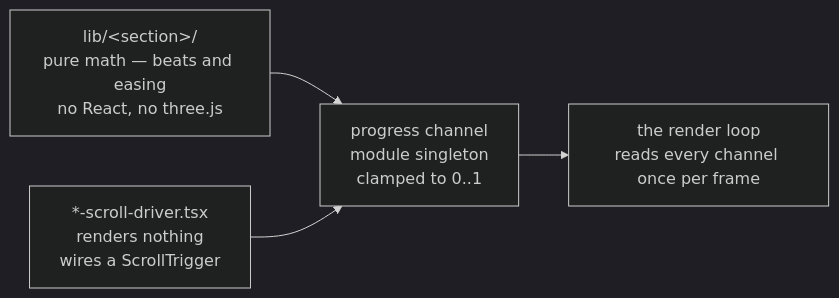
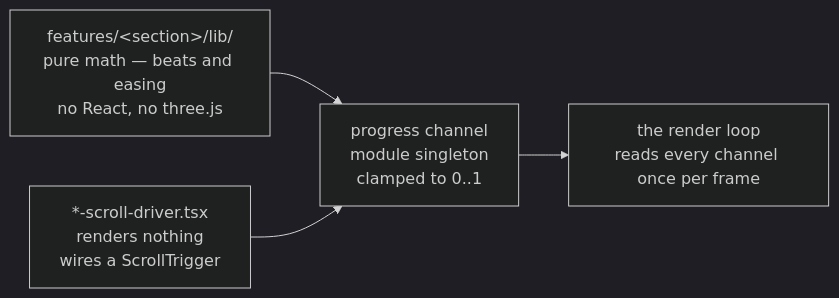
One commit to Adawy-Group/adawy-technical-docs changed the diagram in content/architecture/platform-architecture.mdx. Above: the diagram before and after it, drawn with Mermaid (dark theme). The commit also changed other lines of this file and 4 other files, not shown here.

First line of the commit message:
docs: ADR-011 (feature-first app layout), glossary, platform-architecture path pass (#3)

````diff
--- a/content/architecture/platform-architecture.mdx
+++ b/content/architecture/platform-architecture.mdx
@@ -52,6 +52,6 @@
 ```mermaid
 flowchart LR
-    A["lib/&lt;section&gt;/\npure math — beats and easing\nno React, no three.js"] --> B["progress channel\nmodule singleton\nclamped to 0..1"]
+    A["features/&lt;section&gt;/lib/\npure math — beats and easing\nno React, no three.js"] --> B["progress channel\nmodule singleton\nclamped to 0..1"]
     B --> C["the render loop\nreads every channel once per frame"]
     D["*-scroll-driver.tsx\nrenders nothing\nwires a ScrollTrigger"] --> B
 ```
````
